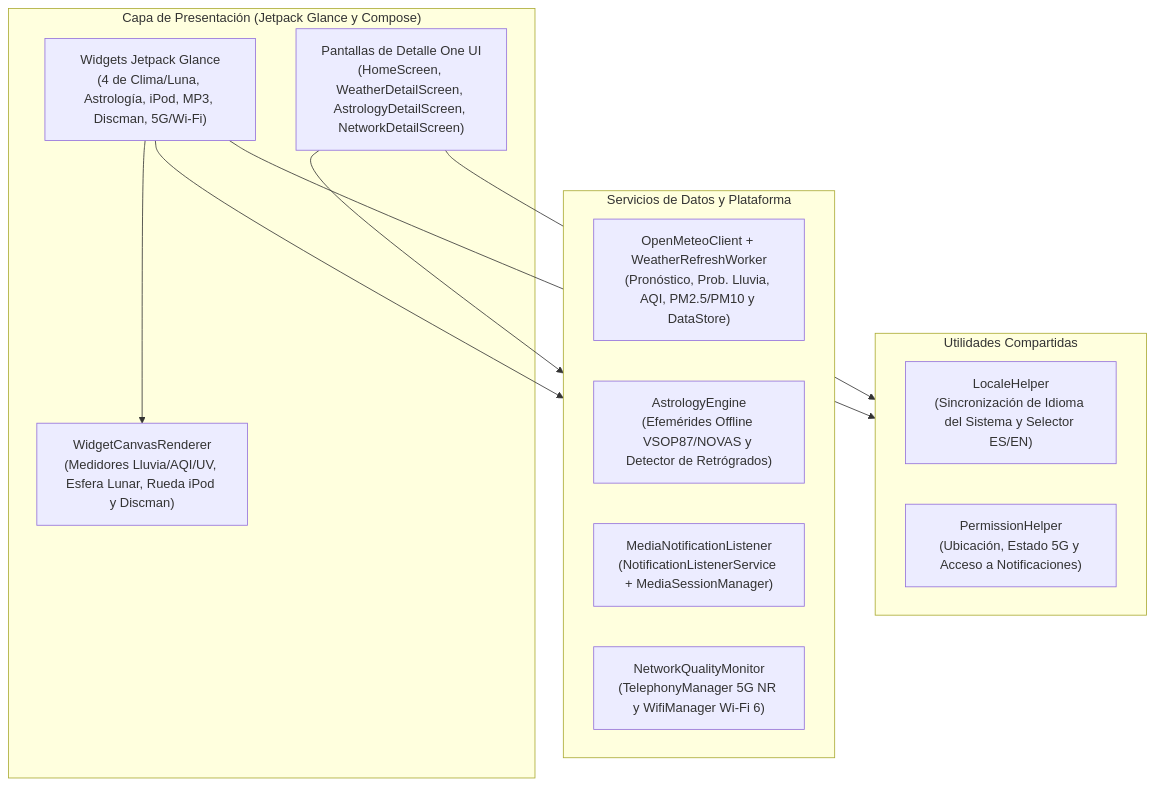
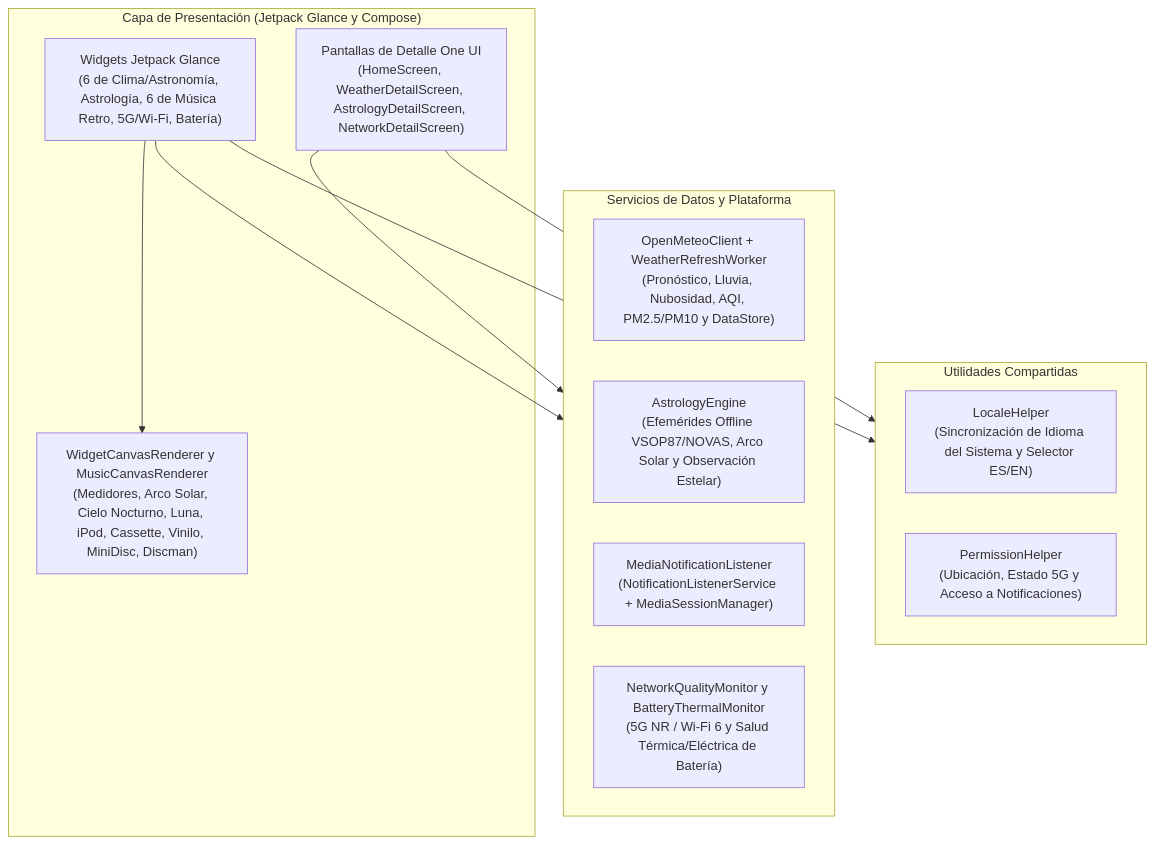
Before and after one commit to AnaCataVC/one-ui-extra-widgets: the diagram in README.es.md, drawn with Mermaid. The commit also changed other lines of this file and 5 other files, not shown here.

First line of the commit message:
docs: document six new widgets and offline solar and stargazing engine

````diff
--- a/README.es.md
+++ b/README.es.md
@@ -48,26 +55,26 @@
 ```mermaid
 flowchart TD
     subgraph UI ["Capa de Presentación (Jetpack Glance y Compose)"]
-        GlanceWidgets["Widgets Jetpack Glance<br/>(4 de Clima/Luna, Astrología, iPod, MP3, Discman, 5G/Wi-Fi)"]
+        GlanceWidgets["Widgets Jetpack Glance<br/>(6 de Clima/Astronomía, Astrología, 6 de Música Retro, 5G/Wi-Fi, Batería)"]
         ComposeApp["Pantallas de Detalle One UI<br/>(HomeScreen, WeatherDetailScreen, AstrologyDetailScreen, NetworkDetailScreen)"]
-        CanvasRenderer["WidgetCanvasRenderer<br/>(Medidores Lluvia/AQI/UV, Esfera Lunar, Rueda iPod y Discman)"]
+        CanvasRenderer["WidgetCanvasRenderer y MusicCanvasRenderer<br/>(Medidores, Arco Solar, Cielo Nocturno, Luna, iPod, Cassette, Vinilo, MiniDisc, Discman)"]
     end
 
     subgraph Data ["Servicios de Datos y Plataforma"]
-        WeatherClient["OpenMeteoClient + WeatherRefreshWorker<br/>(Pronóstico, Prob. Lluvia, AQI, PM2.5/PM10 y DataStore)"]
-        AstroEngine["AstrologyEngine<br/>(Efemérides Offline VSOP87/NOVAS y Detector de Retrógrados)"]
+        WeatherClient["OpenMeteoClient + WeatherRefreshWorker<br/>(Pronóstico, Lluvia, Nubosidad, AQI, PM2.5/PM10 y DataStore)"]
+        AstroEngine["AstrologyEngine<br/>(Efemérides Offline VSOP87/NOVAS, Arco Solar y Observación Estelar)"]
         MediaBridge["MediaNotificationListener<br/>(NotificationListenerService + MediaSessionManager)"]
-        NetMonitor["NetworkQualityMonitor<br/>(TelephonyManager 5G NR y WifiManager Wi-Fi 6)"]
+        NetMonitor["NetworkQualityMonitor y BatteryThermalMonitor<br/>(5G NR / Wi-Fi 6 y Salud Térmica/Eléctrica de Batería)"]
     end
 
     subgraph Utils ["Utilidades Compartidas"]
         LocaleUtil["LocaleHelper<br/>(Sincronización de Idioma del Sistema y Selector ES/EN)"]
         PermUtil["PermissionHelper<br/>(Ubicación, Estado 5G y Acceso a Notificaciones)"]
     end
 
     GlanceWidgets --> CanvasRenderer
     GlanceWidgets --> Data
     ComposeApp --> Data
     ComposeApp --> Utils
     GlanceWidgets --> Utils
 ```
````
